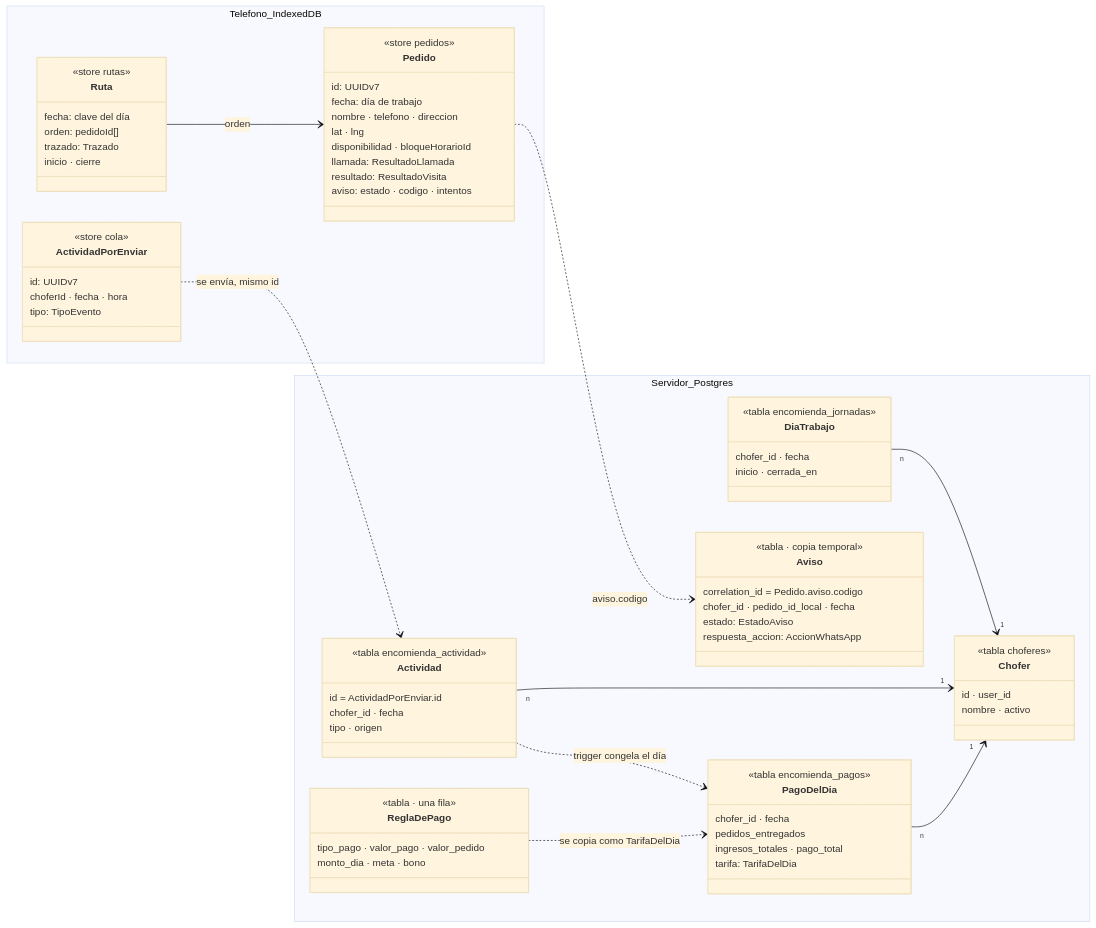
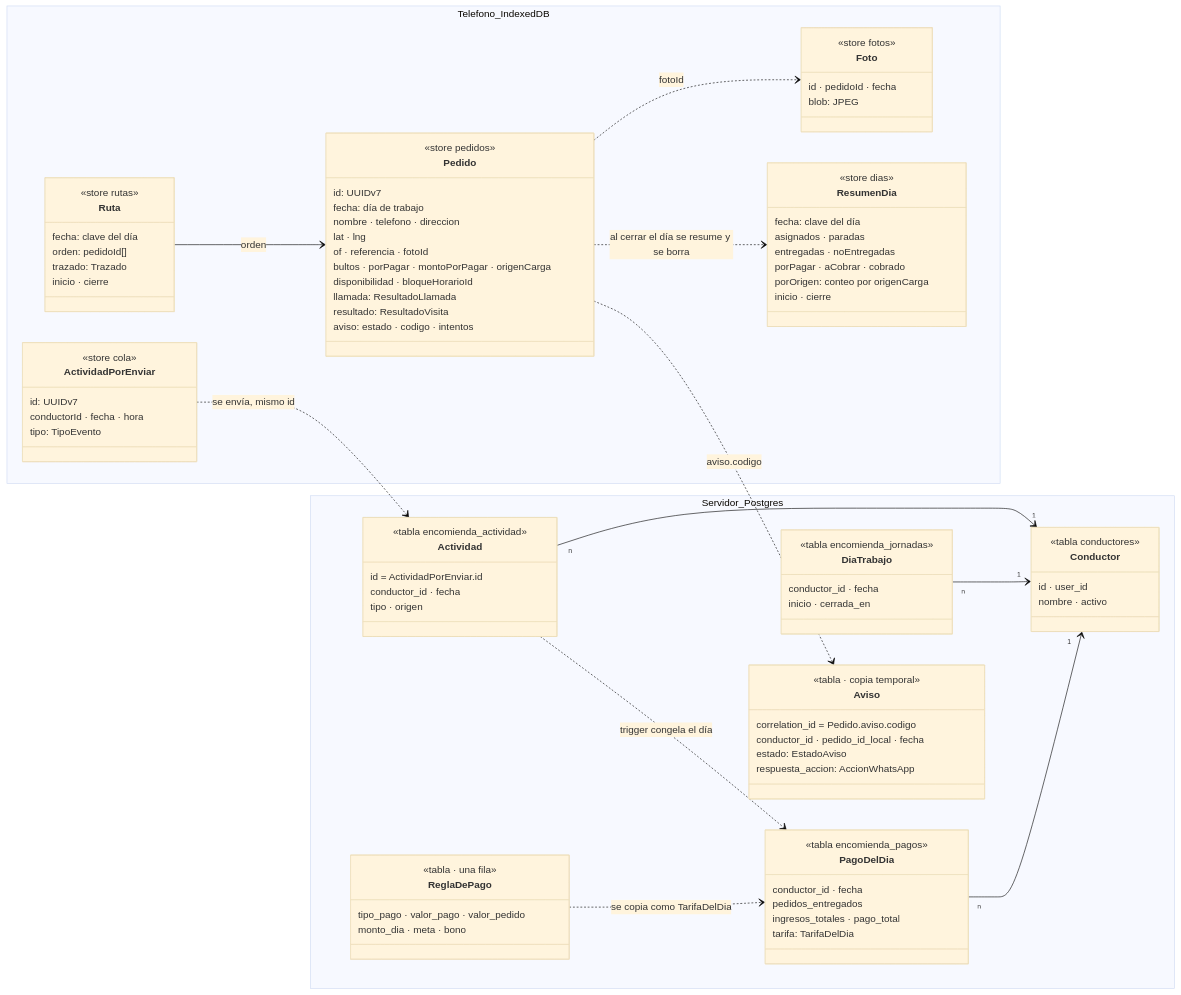
One commit to etianypr/ProyectoAres changed the first of 3 diagrams in docs/CLASES.md. Above: the diagram before and after it, drawn with Mermaid (base theme). The commit also changed other lines of this file and 426 other files, not shown here.

First line of the commit message:
APK del conductor, carga desde la guía y "conductor" en todo el sistema

````diff
--- a/docs/CLASES.md
+++ b/docs/CLASES.md
@@ -40,6 +40,8 @@
       fecha: día de trabajo
       nombre · telefono · direccion
       lat · lng
+      of · referencia · fotoId
+      bultos · porPagar · montoPorPagar · origenCarga
       disponibilidad · bloqueHorarioId
       llamada: ResultadoLlamada
       resultado: ResultadoVisita
@@ -55,30 +57,44 @@
     class ActividadPorEnviar {
       <<store cola>>
       id: UUIDv7
-      choferId · fecha · hora
+      conductorId · fecha · hora
       tipo: TipoEvento
+    }
+    class Foto {
+      <<store fotos>>
+      id · pedidoId · fecha
+      blob: JPEG
+    }
+    class ResumenDia {
+      <<store dias>>
+      fecha: clave del día
+      asignados · paradas
+      entregadas · noEntregadas
+      porPagar · aCobrar · cobrado
+      porOrigen: conteo por origenCarga
+      inicio · cierre
     }
   }
   namespace Servidor_Postgres {
-    class Chofer {
-      <<tabla choferes>>
+    class Conductor {
+      <<tabla conductores>>
       id · user_id
       nombre · activo
     }
     class Actividad {
       <<tabla encomienda_actividad>>
       id = ActividadPorEnviar.id
-      chofer_id · fecha
+      conductor_id · fecha
       tipo · origen
     }
     class DiaTrabajo {
       <<tabla encomienda_jornadas>>
-      chofer_id · fecha
+      conductor_id · fecha
       inicio · cerrada_en
     }
     class PagoDelDia {
       <<tabla encomienda_pagos>>
-      chofer_id · fecha
+      conductor_id · fecha
       pedidos_entregados
       ingresos_totales · pago_total
       tarifa: TarifaDelDia
@@ -91,7 +107,7 @@
     class Aviso {
       <<tabla · copia temporal>>
       correlation_id = Pedido.aviso.codigo
-      chofer_id · pedido_id_local · fecha
+      conductor_id · pedido_id_local · fecha
       estado: EstadoAviso
       respuesta_accion: AccionWhatsApp
     }
@@ -99,9 +115,11 @@
   Ruta --> Pedido : orden
   Pedido ..> Aviso : aviso.codigo
   ActividadPorEnviar ..> Actividad : se envía, mismo id
-  Actividad "n" --> "1" Chofer
-  DiaTrabajo "n" --> "1" Chofer
-  PagoDelDia "n" --> "1" Chofer
+  Pedido ..> ResumenDia : al cerrar el día se resume y se borra
+  Pedido ..> Foto : fotoId
+  Actividad "n" --> "1" Conductor
+  DiaTrabajo "n" --> "1" Conductor
+  PagoDelDia "n" --> "1" Conductor
   Actividad ..> PagoDelDia : trigger congela el día
   ReglaDePago ..> PagoDelDia : se copia como TarifaDelDia
 ```
````
